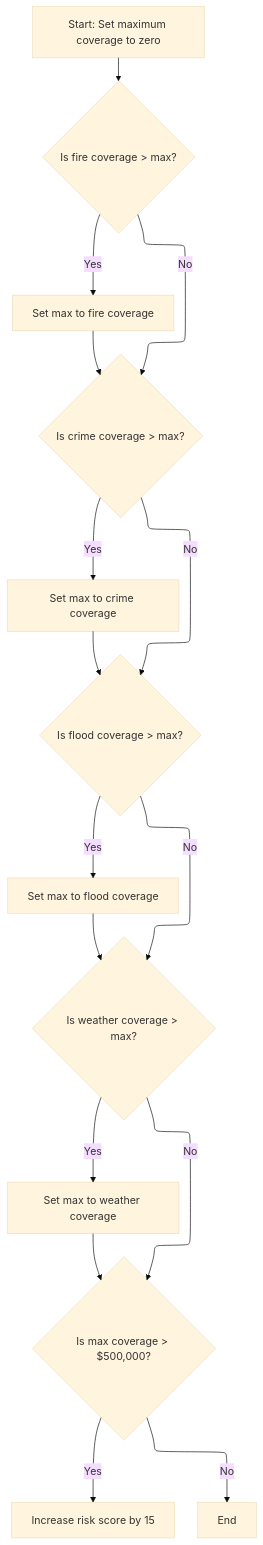
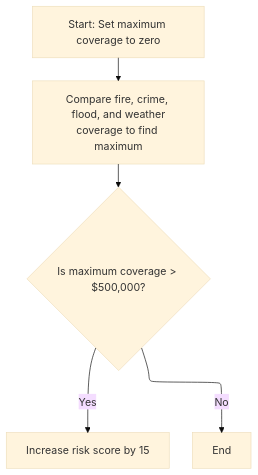
The sixth of 7 diagrams in .swm/lgapdb02-property-risk-score-calculation.fw41ul12.sw.md (Giri-Swimm/Swimmio-genapp-house), drawn with Mermaid (base theme) before and after one commit. The commit also changed other lines of this file and 55 other files, not shown here.

````diff
--- a/.swm/lgapdb02-property-risk-score-calculation.fw41ul12.sw.md
+++ b/.swm/lgapdb02-property-risk-score-calculation.fw41ul12.sw.md
@@ -550,68 +554,34 @@
 ```mermaid
 %%{init: {"flowchart": {"defaultRenderer": "elk"}} }%%
 flowchart TD
     node1["Start: Set maximum coverage to zero"]
-    click node1 openCode "base/src/LGAPDB02.cbl:94:95"
-    node1 --> node2{"Is fire coverage > max?"}
-    click node2 openCode "base/src/LGAPDB02.cbl:97:99"
-    node2 -->|"Yes"| node3["Set max to fire coverage"]
-    click node3 openCode "base/src/LGAPDB02.cbl:98:98"
-    node2 -->|"No"| node4{"Is crime coverage > max?"}
-    click node4 openCode "base/src/LGAPDB02.cbl:101:103"
-    node3 --> node4
-    node4 -->|"Yes"| node5["Set max to crime coverage"]
-    click node5 openCode "base/src/LGAPDB02.cbl:102:102"
-    node4 -->|"No"| node6{"Is flood coverage > max?"}
-    click node6 openCode "base/src/LGAPDB02.cbl:105:107"
-    node5 --> node6
-    node6 -->|"Yes"| node7["Set max to flood coverage"]
-    click node7 openCode "base/src/LGAPDB02.cbl:106:106"
-    node6 -->|"No"| node8{"Is weather coverage > max?"}
-    click node8 openCode "base/src/LGAPDB02.cbl:109:111"
-    node7 --> node8
-    node8 -->|"Yes"| node9["Set max to weather coverage"]
-    click node9 openCode "base/src/LGAPDB02.cbl:110:110"
-    node8 -->|"No"| node10{"Is max coverage > $500,000?"}
-    click node10 openCode "base/src/LGAPDB02.cbl:113:115"
-    node9 --> node10
-    node10 -->|"Yes"| node11["Increase risk score by 15"]
-    click node11 openCode "base/src/LGAPDB02.cbl:114:114"
-    node10 -->|"No"| node12["End"]
-    click node12 openCode "base/src/LGAPDB02.cbl:115:115"
+    click node1 openCode "base/src/LGAPDB02.cbl:95:96"
+    node1 --> node2["Compare fire, crime, flood, and weather
+coverage to find maximum"]
+    click node2 openCode "base/src/LGAPDB02.cbl:97:111"
+    node2 --> node3{"Is maximum coverage > $500,000?"}
+    click node3 openCode "base/src/LGAPDB02.cbl:113:114"
+    node3 -->|"Yes"| node4["Increase risk score by 15"]
+    click node4 openCode "base/src/LGAPDB02.cbl:114:115"
+    node3 -->|"No"| node5["End"]
+    click node5 openCode "base/src/LGAPDB02.cbl:115:115"
 
 classDef HeadingStyle fill:#777777,stroke:#333,stroke-width:2px;
 
 %% Swimm:
 %% %%{init: {"flowchart": {"defaultRenderer": "elk"}} }%%
 %% flowchart TD
 %%     node1["Start: Set maximum coverage to zero"]
-%%     click node1 openCode "<SwmPath>[base/src/LGAPDB02.cbl](base/src/LGAPDB02.cbl)</SwmPath>:94:95"
-%%     node1 --> node2{"Is fire coverage > max?"}
-%%     click node2 openCode "<SwmPath>[base/src/LGAPDB02.cbl](base/src/LGAPDB02.cbl)</SwmPath>:97:99"
-%%     node2 -->|"Yes"| node3["Set max to fire coverage"]
-%%     click node3 openCode "<SwmPath>[base/src/LGAPDB02.cbl](base/src/LGAPDB02.cbl)</SwmPath>:98:98"
-%%     node2 -->|"No"| node4{"Is crime coverage > max?"}
-%%     click node4 openCode "<SwmPath>[base/src/LGAPDB02.cbl](base/src/LGAPDB02.cbl)</SwmPath>:101:103"
-%%     node3 --> node4
-%%     node4 -->|"Yes"| node5["Set max to crime coverage"]
-%%     click node5 openCode "<SwmPath>[base/src/LGAPDB02.cbl](base/src/LGAPDB02.cbl)</SwmPath>:102:102"
-%%     node4 -->|"No"| node6{"Is flood coverage > max?"}
-%%     click node6 openCode "<SwmPath>[base/src/LGAPDB02.cbl](base/src/LGAPDB02.cbl)</SwmPath>:105:107"
-%%     node5 --> node6
-%%     node6 -->|"Yes"| node7["Set max to flood coverage"]
-%%     click node7 openCode "<SwmPath>[base/src/LGAPDB02.cbl](base/src/LGAPDB02.cbl)</SwmPath>:106:106"
-%%     node6 -->|"No"| node8{"Is weather coverage > max?"}
-%%     click node8 openCode "<SwmPath>[base/src/LGAPDB02.cbl](base/src/LGAPDB02.cbl)</SwmPath>:109:111"
-%%     node7 --> node8
-%%     node8 -->|"Yes"| node9["Set max to weather coverage"]
-%%     click node9 openCode "<SwmPath>[base/src/LGAPDB02.cbl](base/src/LGAPDB02.cbl)</SwmPath>:110:110"
-%%     node8 -->|"No"| node10{"Is max coverage > $500,000?"}
-%%     click node10 openCode "<SwmPath>[base/src/LGAPDB02.cbl](base/src/LGAPDB02.cbl)</SwmPath>:113:115"
-%%     node9 --> node10
-%%     node10 -->|"Yes"| node11["Increase risk score by 15"]
-%%     click node11 openCode "<SwmPath>[base/src/LGAPDB02.cbl](base/src/LGAPDB02.cbl)</SwmPath>:114:114"
-%%     node10 -->|"No"| node12["End"]
-%%     click node12 openCode "<SwmPath>[base/src/LGAPDB02.cbl](base/src/LGAPDB02.cbl)</SwmPath>:115:115"
+%%     click node1 openCode "<SwmPath>[base/src/LGAPDB02.cbl](base/src/LGAPDB02.cbl)</SwmPath>:95:96"
+%%     node1 --> node2["Compare fire, crime, flood, and weather
+%% coverage to find maximum"]
+%%     click node2 openCode "<SwmPath>[base/src/LGAPDB02.cbl](base/src/LGAPDB02.cbl)</SwmPath>:97:111"
+%%     node2 --> node3{"Is maximum coverage > $500,000?"}
+%%     click node3 openCode "<SwmPath>[base/src/LGAPDB02.cbl](base/src/LGAPDB02.cbl)</SwmPath>:113:114"
+%%     node3 -->|"Yes"| node4["Increase risk score by 15"]
+%%     click node4 openCode "<SwmPath>[base/src/LGAPDB02.cbl](base/src/LGAPDB02.cbl)</SwmPath>:114:115"
+%%     node3 -->|"No"| node5["End"]
+%%     click node5 openCode "<SwmPath>[base/src/LGAPDB02.cbl](base/src/LGAPDB02.cbl)</SwmPath>:115:115"
 %% 
 %% classDef HeadingStyle fill:#777777,stroke:#333,stroke-width:2px;
 ```
````
